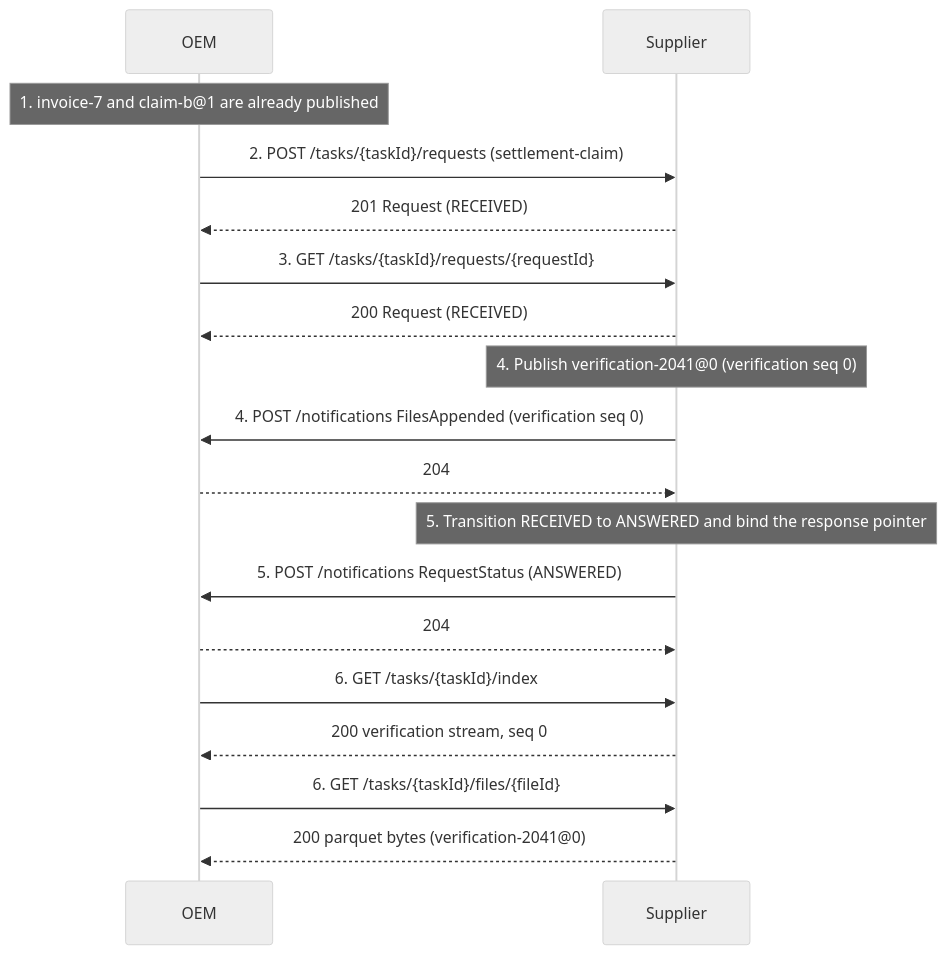
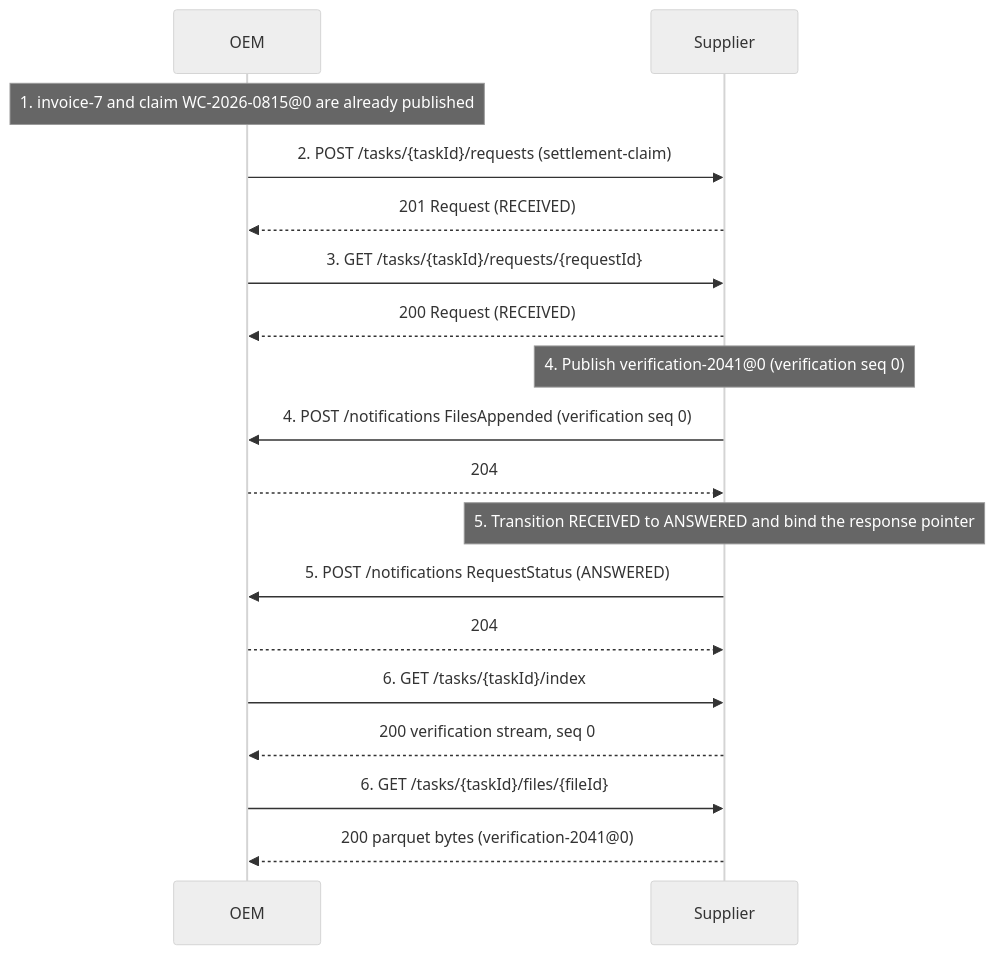
One commit to Metaform/dsaf-specs changed the second of 3 diagrams in specs/stc/task-collaboration-walkthroughs.md. Above: the diagram before and after it, drawn with Mermaid (neutral theme). The commit also changed other lines of this file, not shown here.

````diff
--- a/specs/stc/task-collaboration-walkthroughs.md
+++ b/specs/stc/task-collaboration-walkthroughs.md
@@ -273,20 +277,20 @@
 ```mermaid
 sequenceDiagram
     participant OEM
     participant Supplier
-    Note over OEM: 1. invoice-7 and claim-b@1 are already published
+    Note over OEM: 1. invoice-7 and claim WC-2026-0815@0 are already published
     OEM->>Supplier: 2. POST /tasks/{taskId}/requests (settlement-claim)
     Supplier-->>OEM: 201 Request (RECEIVED)
     OEM->>Supplier: 3. GET /tasks/{taskId}/requests/{requestId}
     Supplier-->>OEM: 200 Request (RECEIVED)
     Note over Supplier: 4. Publish verification-2041@0 (verification seq 0)
     Supplier->>OEM: 4. POST /notifications FilesAppended (verification seq 0)
     OEM-->>Supplier: 204
     Note over Supplier: 5. Transition RECEIVED to ANSWERED and bind the response pointer
     Supplier->>OEM: 5. POST /notifications RequestStatus (ANSWERED)
     OEM-->>Supplier: 204
     OEM->>Supplier: 6. GET /tasks/{taskId}/index
     Supplier-->>OEM: 200 verification stream, seq 0
     OEM->>Supplier: 6. GET /tasks/{taskId}/files/{fileId}
     Supplier-->>OEM: 200 parquet bytes (verification-2041@0)
 ```
````
